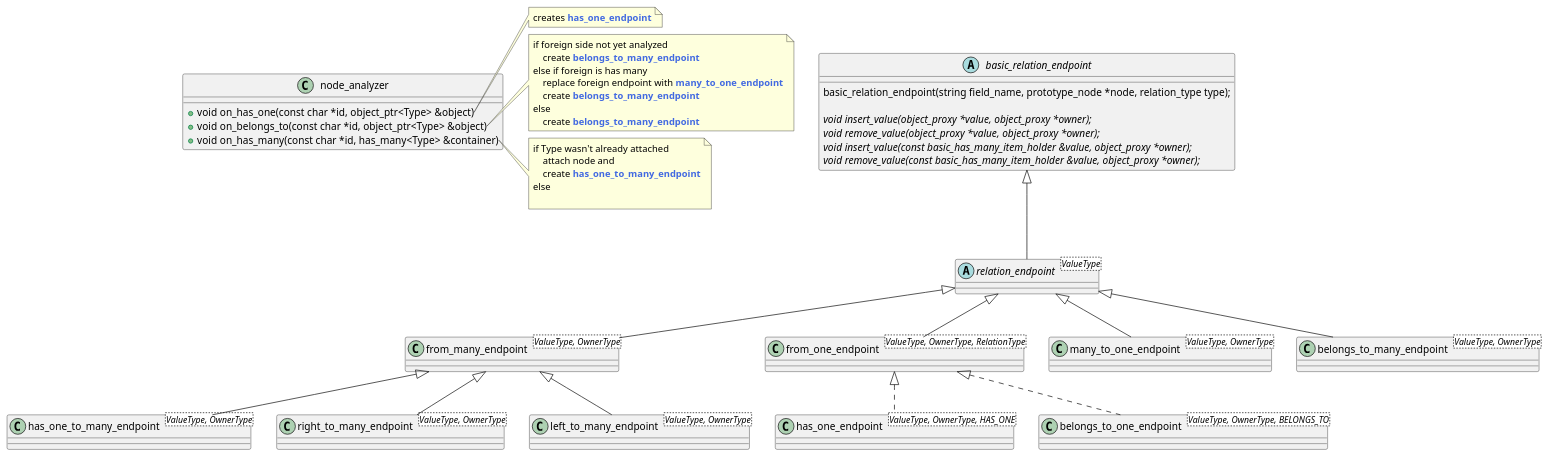
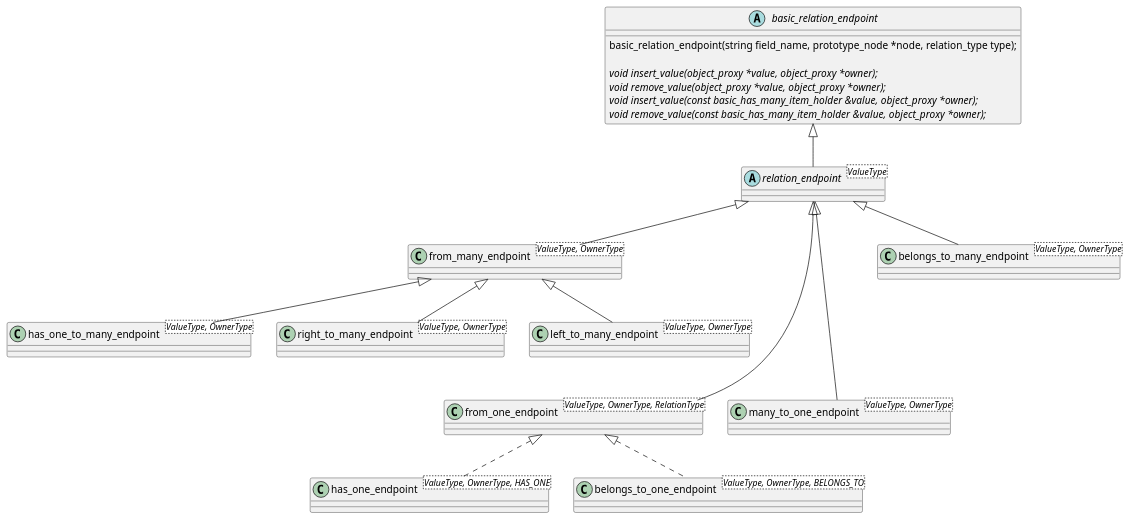
The diagram in include/matador/object/releation.puml (zussel/matador), drawn with PlantUML before and after one commit. The commit also changed 40 other files, not shown here.

```diff
--- a/include/matador/object/releation.puml
+++ b/include/matador/object/releation.puml
@@ -1,98 +1,98 @@
 @startuml
 'https://plantuml.com/class-diagram
 
 'enum relation_type {
 'BELONGS_TO
 'HAS_ONE
 'HAS_MANY
 '}
 
 abstract class basic_relation_endpoint
 {
     basic_relation_endpoint(string field_name, prototype_node *node, relation_type type);
 
     {abstract} void insert_value(object_proxy *value, object_proxy *owner);
     {abstract} void remove_value(object_proxy *value, object_proxy *owner);
     {abstract} void insert_value(const basic_has_many_item_holder &value, object_proxy *owner);
     {abstract} void remove_value(const basic_has_many_item_holder &value, object_proxy *owner);
 }
 
 
 abstract class relation_endpoint<ValueType>
 
 class from_many_endpoint<ValueType, OwnerType>
 class from_one_endpoint<ValueType, OwnerType, RelationType>
 
 class has_one_endpoint<ValueType, OwnerType, HAS_ONE> implements from_one_endpoint
 class belongs_to_one_endpoint<ValueType, OwnerType, BELONGS_TO> implements from_one_endpoint
 
 class many_to_one_endpoint<ValueType, OwnerType>
 class belongs_to_many_endpoint<ValueType, OwnerType>
 
 together {
 class left_to_many_endpoint<ValueType, OwnerType>
 class right_to_many_endpoint<ValueType, OwnerType>
 class has_one_to_many_endpoint<ValueType, OwnerType>
 }
 
 basic_relation_endpoint <|-- relation_endpoint
 relation_endpoint <|-- from_many_endpoint
-relation_endpoint <|-- from_one_endpoint
-relation_endpoint <|-- many_to_one_endpoint
+relation_endpoint <|---- from_one_endpoint
+relation_endpoint <|---- many_to_one_endpoint
 relation_endpoint <|-- belongs_to_many_endpoint
 
 from_many_endpoint <|-- left_to_many_endpoint
 from_many_endpoint <|-- right_to_many_endpoint
 from_many_endpoint <|-- has_one_to_many_endpoint
 
-class node_analyzer {
-+ void on_has_one(const char *id, object_ptr<Type> &object)
-+ void on_belongs_to(const char *id, object_ptr<Type> &object)
-+ void on_has_many(const char *id, has_many<Type> &container)
-}
-note right of node_analyzer::on_has_one
-    creates <b><color:royalBlue>has_one_endpoint</color>
-end note
-
-note right of node_analyzer::on_belongs_to
-    if foreign side not yet analyzed
-        create <b><color:royalBlue>belongs_to_many_endpoint</color>
-    else if foreign is has many
-        replace foreign endpoint with <b><color:royalBlue>many_to_one_endpoint</color>
-        create <b><color:royalBlue>belongs_to_many_endpoint</color>
-    else
-        create <b><color:royalBlue>belongs_to_many_endpoint</color>
-end note
-
-note right of node_analyzer::on_has_many
-    if Type wasn't already attached
-        attach node and
-        create <b><color:royalBlue>has_one_to_many_endpoint</color>
-    else
-
-end note
+'class node_analyzer {
+'+ void on_has_one(const char *id, object_ptr<Type> &object)
+'+ void on_belongs_to(const char *id, object_ptr<Type> &object)
+'+ void on_has_many(const char *id, has_many<Type> &container)
+'}
+'note right of node_analyzer::on_has_one
+'    creates <b><color:royalBlue>has_one_endpoint</color>
+'end note
+'
+'note right of node_analyzer::on_belongs_to
+'    if foreign side not yet analyzed
+'        create <b><color:royalBlue>belongs_to_many_endpoint</color>
+'    else if foreign is has many
+'        replace foreign endpoint with <b><color:royalBlue>many_to_one_endpoint</color>
+'        create <b><color:royalBlue>belongs_to_many_endpoint</color>
+'    else
+'        create <b><color:royalBlue>belongs_to_many_endpoint</color>
+'end note
+'
+'note right of node_analyzer::on_has_many
+'    if Type wasn't already attached
+'        attach node and
+'        create <b><color:royalBlue>has_one_to_many_endpoint</color>
+'    else
+'
+'end note
 
 'abstract class AbstractList
 'abstract AbstractCollection
 'interface List
 'interface Collection
 '
 'List <|-- AbstractList
 'Collection <|-- AbstractCollection
 '
 'Collection <|- List
 'AbstractCollection <|- AbstractList
 'AbstractList <|-- ArrayList
 '
 'class ArrayList {
 'Object[] elementData
 'size()
 '}
 '
 'enum TimeUnit {
 'DAYS
 'HOURS
 'MINUTES
 '}
 
 @enduml
```
